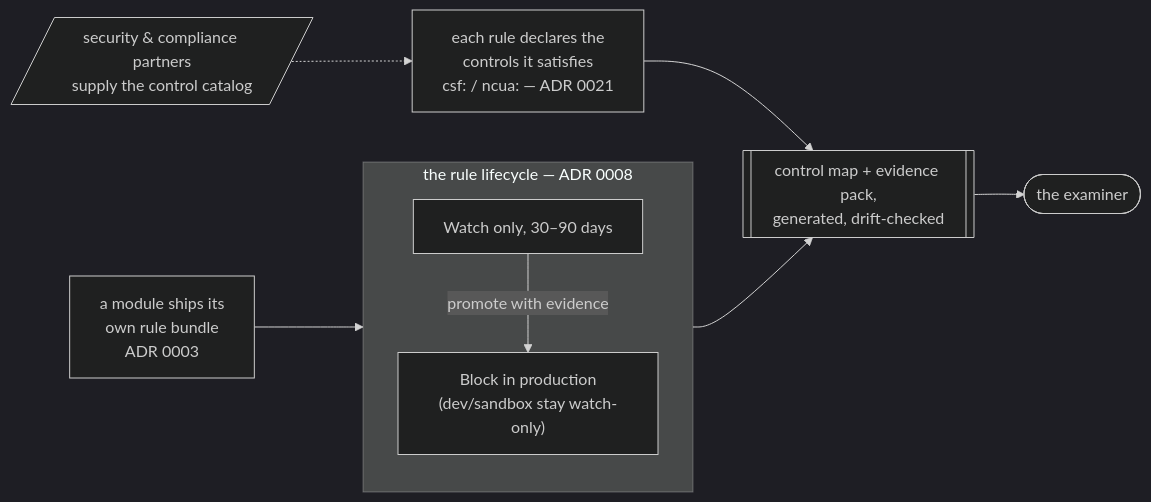
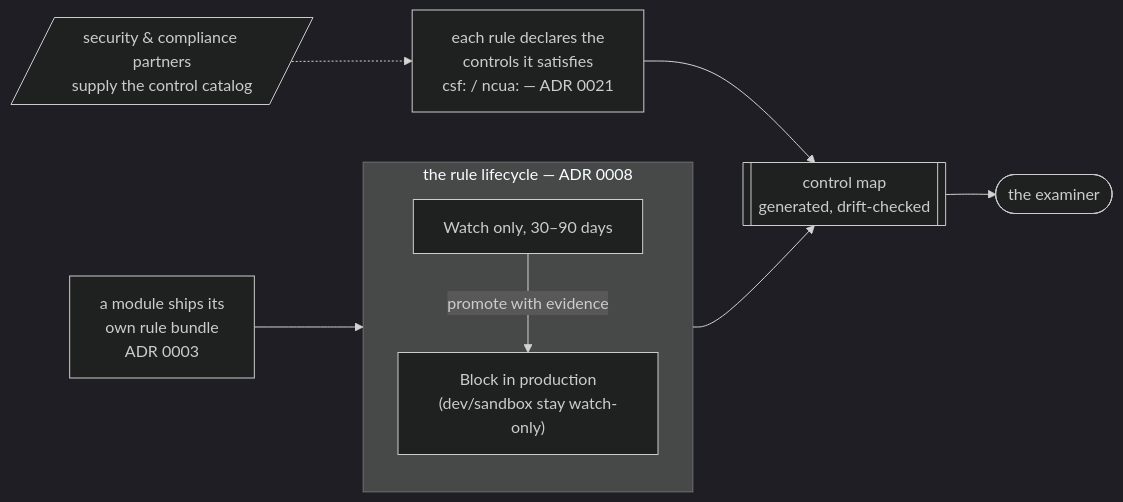
One commit to justinbroadbent/vitruvius changed the third of 3 diagrams in HANDBOOK.md. Above: the diagram before and after it, drawn with Mermaid (dark theme). The commit also changed other lines of this file and 2 other files, not shown here.

````diff
--- a/HANDBOOK.md
+++ b/HANDBOOK.md
@@ -272,11 +272,11 @@
 ```mermaid
 flowchart LR
   mod[a module ships its\nown rule bundle\nADR 0003] --> life
   subgraph life["the rule lifecycle — ADR 0008"]
     audit["Watch only, 30–90 days"] -->|promote with evidence| deny["Block in production\n(dev/sandbox stay watch-only)"]
   end
   life --> map
-  decl["each rule declares the\ncontrols it satisfies\ncsf: / ncua: — ADR 0021"] --> map[[control map + evidence pack,\ngenerated, drift-checked]]
+  decl["each rule declares the\ncontrols it satisfies\ncsf: / ncua: — ADR 0021"] --> map[[control map\ngenerated, drift-checked]]
   map --> exam([the examiner])
   partners[/security & compliance partners\nsupply the control catalog/] -.-> decl
 ```
````
